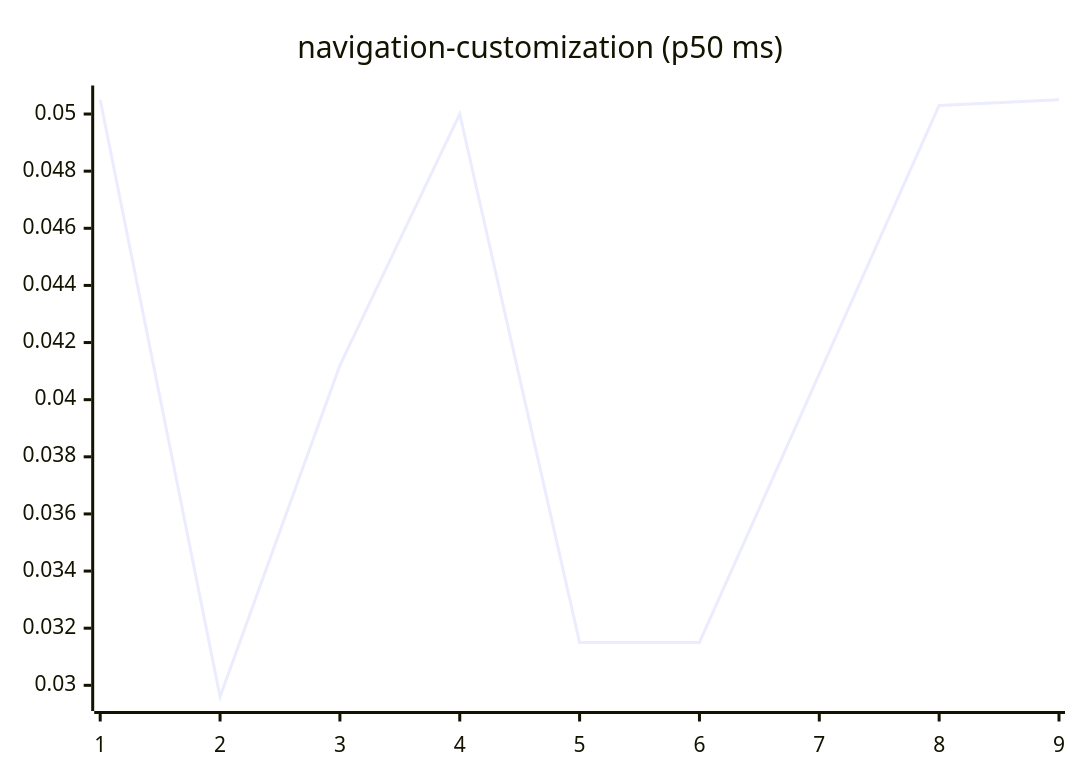
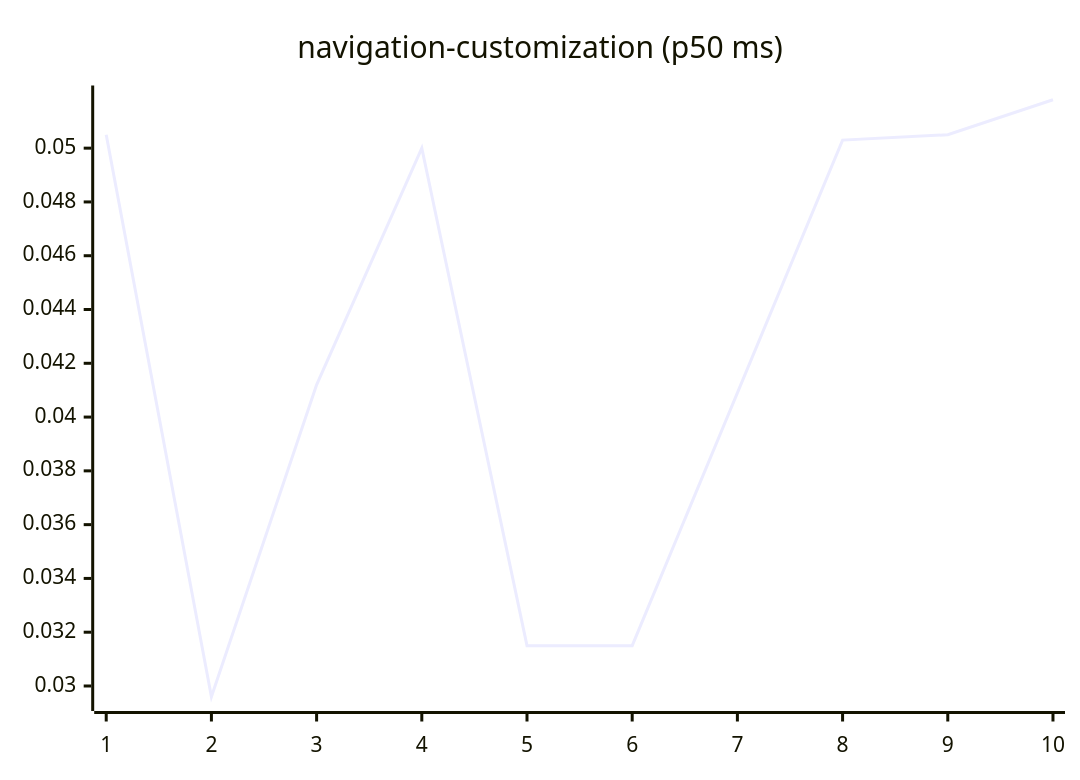
Before and after one commit to josha/Facet: diagram 15 of 27 in README.md, drawn with Mermaid. The commit also changed other lines of this file and 2 other files, not shown here.

````diff
--- a/README.md
+++ b/README.md
@@ -161,6 +161,6 @@
 ```mermaid
 xychart-beta
     title "navigation-customization (p50 ms)"
-    x-axis 1 --> 9
-    line [0.0505, 0.0296, 0.0412, 0.0500, 0.0315, 0.0315, 0.0409, 0.0503, 0.0505]
+    x-axis 1 --> 10
+    line [0.0505, 0.0296, 0.0412, 0.0500, 0.0315, 0.0315, 0.0409, 0.0503, 0.0505, 0.0518]
 ```
````
